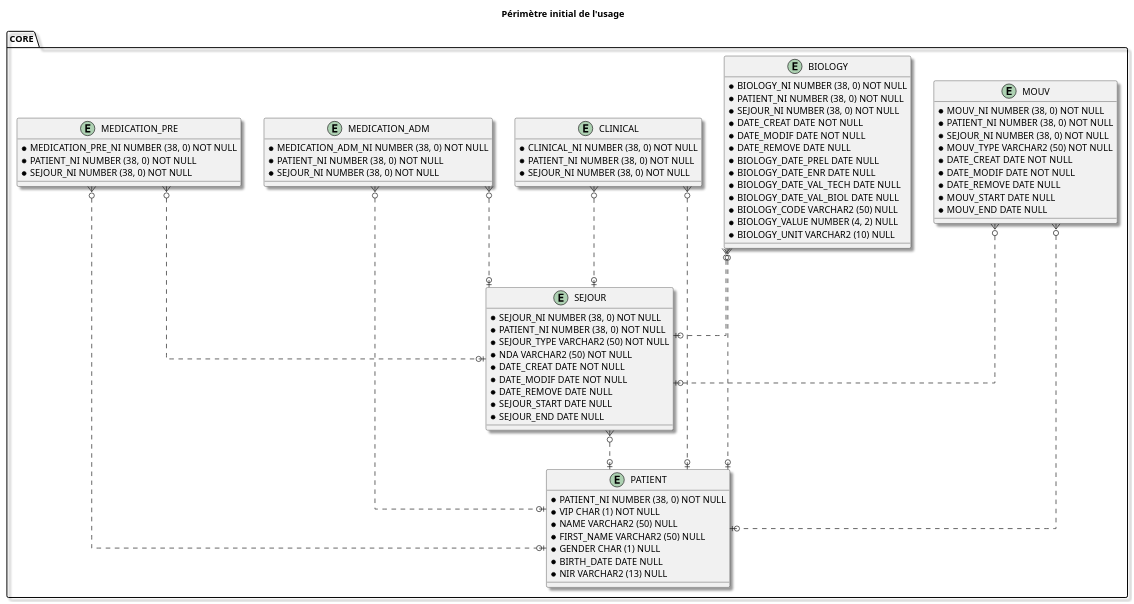
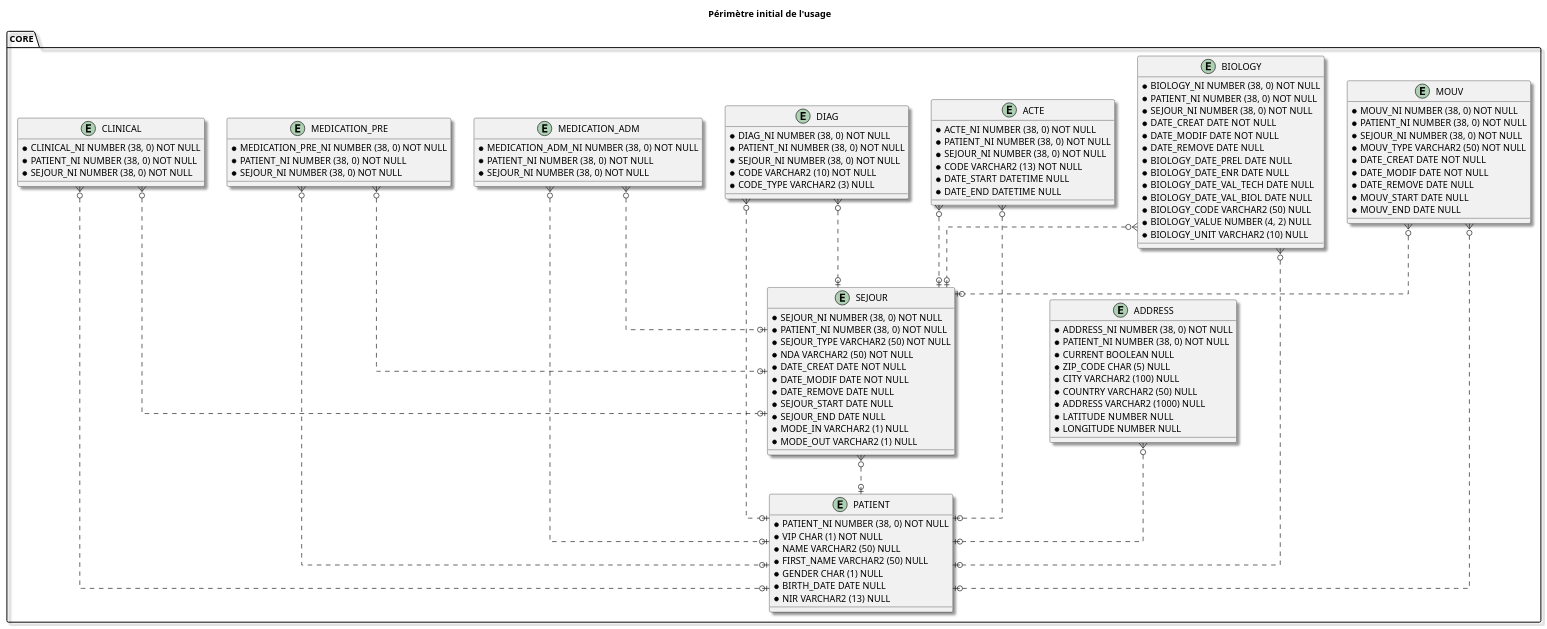
Before and after one commit to aphp/IG-fhir-dm: the diagram in input/images-source/core-mpd.plantuml, drawn with PlantUML.

Commit message:
Mise à jour du modèle physique de données du DPI

```diff
--- a/input/images-source/core-mpd.plantuml
+++ b/input/images-source/core-mpd.plantuml
@@ -1,98 +1,133 @@
 @startuml
 
 skinparam Shadowing 1.0
 ' avoid problems with angled crows feet
 skinparam linetype ortho
 
 title
 Périmètre initial de l'usage
 end title
 
 entity CORE.PATIENT {
   * {field} PATIENT_NI NUMBER (38, 0) NOT NULL
   * {field} VIP CHAR (1) NOT NULL
   * {field} NAME VARCHAR2 (50) NULL
   * {field} FIRST_NAME VARCHAR2 (50) NULL
   * {field} GENDER CHAR (1) NULL
   * {field} BIRTH_DATE DATE NULL
   * {field} NIR VARCHAR2 (13) NULL
 }
 
+entity CORE.ADDRESS {
+  * {field} ADDRESS_NI NUMBER (38, 0) NOT NULL
+  * {field} PATIENT_NI NUMBER (38, 0) NOT NULL
+  * {field} CURRENT BOOLEAN NULL
+  * {field} ZIP_CODE CHAR (5) NULL
+  * {field} CITY VARCHAR2 (100) NULL
+  * {field} COUNTRY VARCHAR2 (50) NULL
+  * {field} ADDRESS VARCHAR2 (1000) NULL
+  * {field} LATITUDE NUMBER  NULL
+  * {field} LONGITUDE NUMBER NULL
+}
+
 entity CORE.SEJOUR {
   * {field} SEJOUR_NI NUMBER (38, 0) NOT NULL
   * {field} PATIENT_NI NUMBER (38, 0) NOT NULL
   * {field} SEJOUR_TYPE VARCHAR2 (50) NOT NULL
   * {field} NDA VARCHAR2 (50) NOT NULL
   * {field} DATE_CREAT DATE NOT NULL
   * {field} DATE_MODIF DATE NOT NULL
   * {field} DATE_REMOVE DATE NULL
   * {field} SEJOUR_START DATE NULL
   * {field} SEJOUR_END DATE NULL
+  * {field} MODE_IN VARCHAR2 (1) NULL
+  * {field} MODE_OUT VARCHAR2 (1) NULL
 }
 
 entity CORE.MOUV {
   * {field} MOUV_NI NUMBER (38, 0) NOT NULL
   * {field} PATIENT_NI NUMBER (38, 0) NOT NULL
   * {field} SEJOUR_NI NUMBER (38, 0) NOT NULL
   * {field} MOUV_TYPE VARCHAR2 (50) NOT NULL
   * {field} DATE_CREAT DATE NOT NULL
   * {field} DATE_MODIF DATE NOT NULL
   * {field} DATE_REMOVE DATE NULL
   * {field} MOUV_START DATE NULL
   * {field} MOUV_END DATE NULL
 }
 
 entity CORE.BIOLOGY {
   * {field} BIOLOGY_NI NUMBER (38, 0) NOT NULL
   * {field} PATIENT_NI NUMBER (38, 0) NOT NULL
   * {field} SEJOUR_NI NUMBER (38, 0) NOT NULL
   * {field} DATE_CREAT DATE NOT NULL
   * {field} DATE_MODIF DATE NOT NULL
   * {field} DATE_REMOVE DATE NULL
   * {field} BIOLOGY_DATE_PREL DATE NULL
   * {field} BIOLOGY_DATE_ENR DATE NULL
   * {field} BIOLOGY_DATE_VAL_TECH DATE NULL
   * {field} BIOLOGY_DATE_VAL_BIOL DATE NULL
   * {field} BIOLOGY_CODE VARCHAR2 (50) NULL
   * {field} BIOLOGY_VALUE NUMBER (4, 2) NULL
   * {field} BIOLOGY_UNIT VARCHAR2 (10) NULL
 }
 
-entity CORE.CLINICAL {
-  * {field} CLINICAL_NI NUMBER (38, 0) NOT NULL
+entity CORE.ACTE {
+  * {field} ACTE_NI NUMBER (38, 0) NOT NULL
   * {field} PATIENT_NI NUMBER (38, 0) NOT NULL
   * {field} SEJOUR_NI NUMBER (38, 0) NOT NULL
+  * {field} CODE VARCHAR2 (13) NOT NULL
+  * {field} DATE_START DATETIME NULL
+  * {field} DATE_END DATETIME NULL
+}
+
+entity CORE.DIAG {
+  * {field} DIAG_NI NUMBER (38, 0) NOT NULL
+  * {field} PATIENT_NI NUMBER (38, 0) NOT NULL
+  * {field} SEJOUR_NI NUMBER (38, 0) NOT NULL
+  * {field} CODE VARCHAR2 (10) NOT NULL
+  * {field} CODE_TYPE VARCHAR2 (3) NULL
 }
 
 entity CORE.MEDICATION_ADM {
   * {field} MEDICATION_ADM_NI NUMBER (38, 0) NOT NULL
   * {field} PATIENT_NI NUMBER (38, 0) NOT NULL
   * {field} SEJOUR_NI NUMBER (38, 0) NOT NULL
 }
 
 entity CORE.MEDICATION_PRE {
   * {field} MEDICATION_PRE_NI NUMBER (38, 0) NOT NULL
   * {field} PATIENT_NI NUMBER (38, 0) NOT NULL
   * {field} SEJOUR_NI NUMBER (38, 0) NOT NULL
 }
 
+entity CORE.CLINICAL {
+  * {field} CLINICAL_NI NUMBER (38, 0) NOT NULL
+  * {field} PATIENT_NI NUMBER (38, 0) NOT NULL
+  * {field} SEJOUR_NI NUMBER (38, 0) NOT NULL
+}
 
 
 CORE.SEJOUR }o..o| CORE.PATIENT
+CORE.ADDRESS }o..o| CORE.PATIENT
 
 CORE.MOUV }o..o| CORE.PATIENT
 CORE.MOUV }o..o| CORE.SEJOUR
 
 CORE.BIOLOGY }o..o| CORE.PATIENT
 CORE.BIOLOGY }o..o| CORE.SEJOUR
 
 CORE.CLINICAL }o..o| CORE.PATIENT
 CORE.CLINICAL }o..o| CORE.SEJOUR
+CORE.ACTE }o..o| CORE.PATIENT
+CORE.ACTE }o..o| CORE.SEJOUR
+CORE.DIAG }o..o| CORE.PATIENT
+CORE.DIAG }o..o| CORE.SEJOUR
 
 CORE.MEDICATION_ADM }o..o| CORE.PATIENT
 CORE.MEDICATION_ADM }o..o| CORE.SEJOUR
 
 CORE.MEDICATION_PRE }o..o| CORE.PATIENT
 CORE.MEDICATION_PRE }o..o| CORE.SEJOUR
 
 @enduml
```
